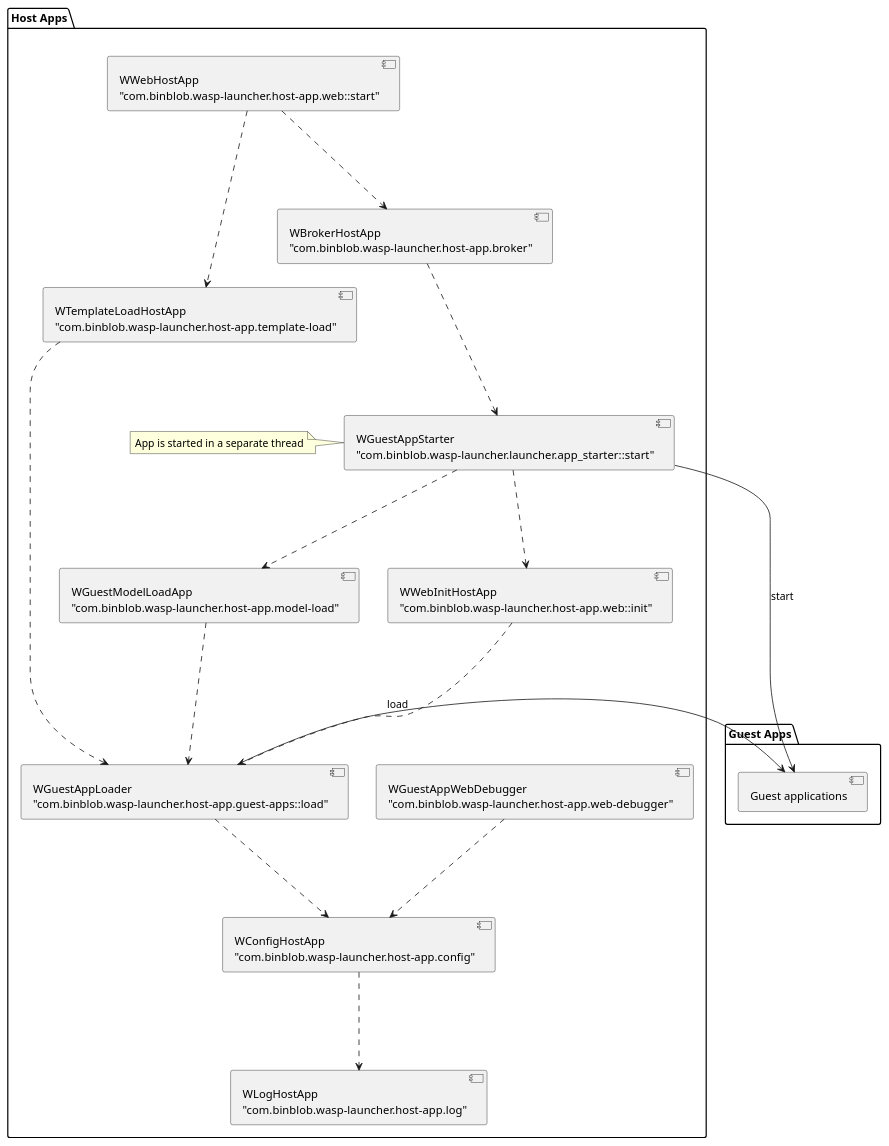
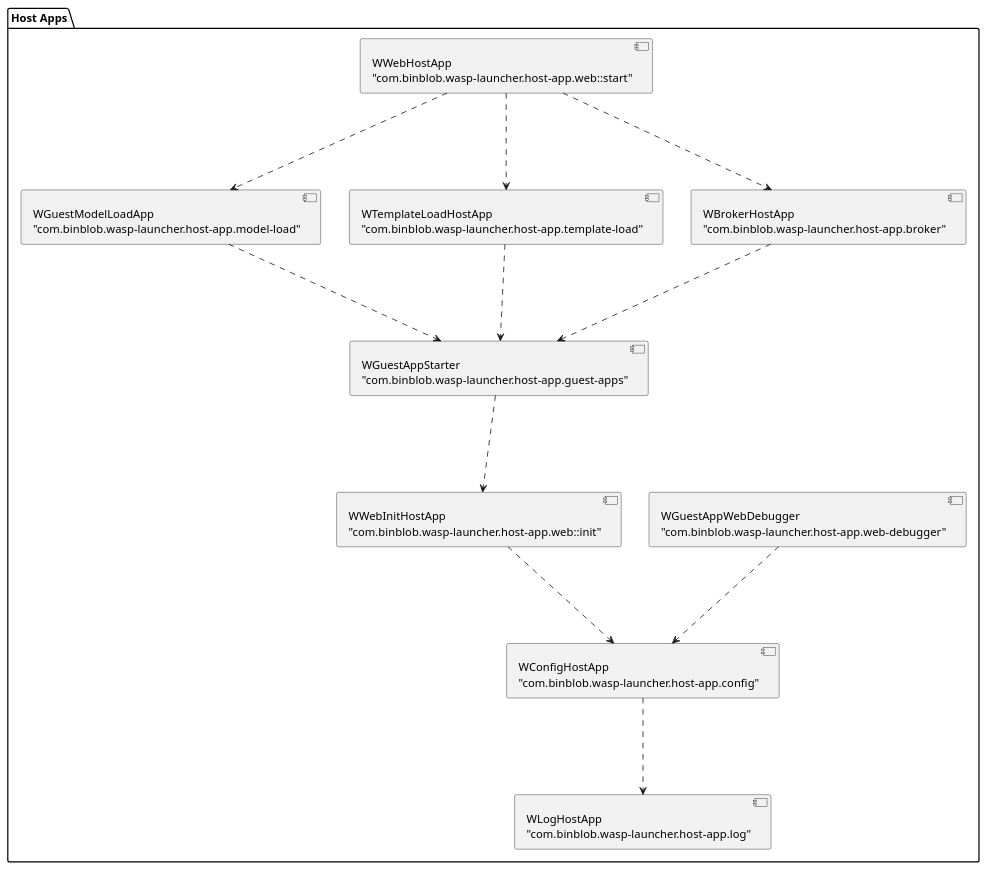
Before and after one commit to a1ezzz/wasp-launcher: the diagram in docs/sphinx/apps.puml, drawn with PlantUML. The commit also changed 7 other files, not shown here.

```diff
--- a/docs/sphinx/apps.puml
+++ b/docs/sphinx/apps.puml
@@ -1,81 +1,64 @@
 @startuml
 
 package "Host Apps" {
 component log [
 WLogHostApp
 "com.binblob.wasp-launcher.host-app.log"
 ]
 
 component config [
 WConfigHostApp
 "com.binblob.wasp-launcher.host-app.config"
 ]
 
-component loader [
-WGuestAppLoader
-"com.binblob.wasp-launcher.host-app.guest-apps::load"
-]
-
-component model [
-WGuestModelLoadApp
-"com.binblob.wasp-launcher.host-app.model-load"
+component debugger [
+WGuestAppWebDebugger
+"com.binblob.wasp-launcher.host-app.web-debugger"
 ]
 
 component web_init [
 WWebInitHostApp
 "com.binblob.wasp-launcher.host-app.web::init"
 ]
 
 component starter [
 WGuestAppStarter
-"com.binblob.wasp-launcher.launcher.app_starter::start"
+"com.binblob.wasp-launcher.host-app.guest-apps"
 ]
 
-note left of starter
-App is started in a separate thread
-end note
+component model [
+WGuestModelLoadApp
+"com.binblob.wasp-launcher.host-app.model-load"
+]
 
 component template [
 WTemplateLoadHostApp
 "com.binblob.wasp-launcher.host-app.template-load"
-]
-
-component debugger [
-WGuestAppWebDebugger
-"com.binblob.wasp-launcher.host-app.web-debugger"
 ]
 
 component broker [
 WBrokerHostApp
 "com.binblob.wasp-launcher.host-app.broker"
 ]
 
-component web_host [
+component web_start [
 WWebHostApp
 "com.binblob.wasp-launcher.host-app.web::start"
 ]
 
 config .-down-> log
-loader .-down-> config
-model .-down-> loader
-template .-down-> loader
-web_init .-down-> loader
+debugger .-down-> config
+web_init .-down-> config
 starter .-down-> web_init
-starter .-down-> model
+
+model .-down-> starter
+template .-down-> starter
 broker .-down-> starter
-web_host .-down-> broker
-web_host .-down-> template
-debugger .-down-> config
+
+web_start .-down-> model
+web_start .-down-> template
+web_start .-down-> broker
 
 }
 
-package "Guest Apps" {
-component guest_apps [
-	Guest applications
-]
-
-loader -> guest_apps: load
-starter -> guest_apps: start
-}
-
 @enduml
```
